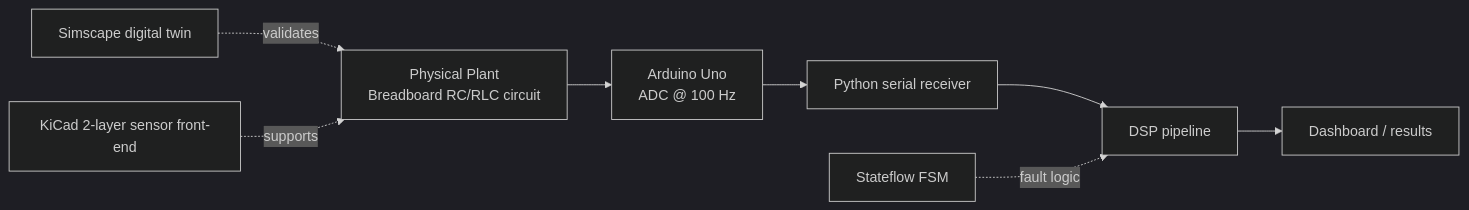
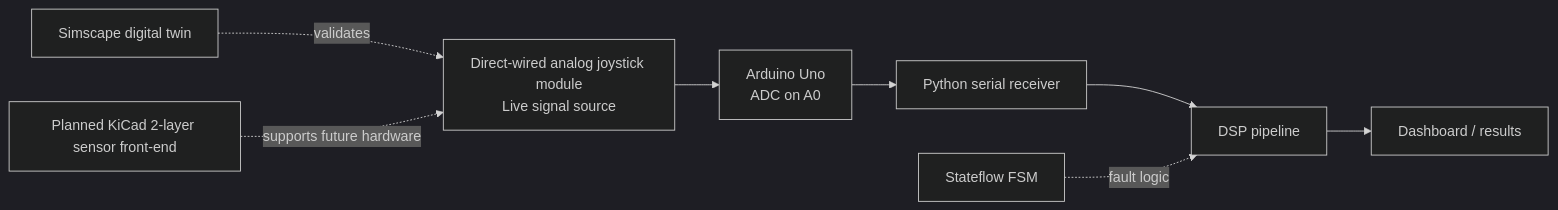
The diagram in docs/architecture.md (khupis/Model-Based-Embedded-Fault-Detection-System), drawn with Mermaid (dark theme) before and after one commit. The commit also changed other lines of this file and 7 other files, not shown here.

First line of the commit message:
Document direct-wired joystick prototype

````diff
--- a/docs/architecture.md
+++ b/docs/architecture.md
@@ -7,10 +7,10 @@
 ```mermaid
 flowchart LR
-	A[Physical Plant\nBreadboard RC/RLC circuit] --> B[Arduino Uno\nADC @ 100 Hz]
+	A[Direct-wired analog joystick module\nLive signal source] --> B[Arduino Uno\nADC on A0]
 	B --> C[Python serial receiver]
 	C --> D[DSP pipeline]
 	D --> E[Dashboard / results]
 	F[Simscape digital twin] -. validates .-> A
 	G[Stateflow FSM] -. fault logic .-> D
-	H[KiCad 2-layer sensor front-end] -. supports .-> A
+	H[Planned KiCad 2-layer sensor front-end] -. supports future hardware .-> A
 ```
````
